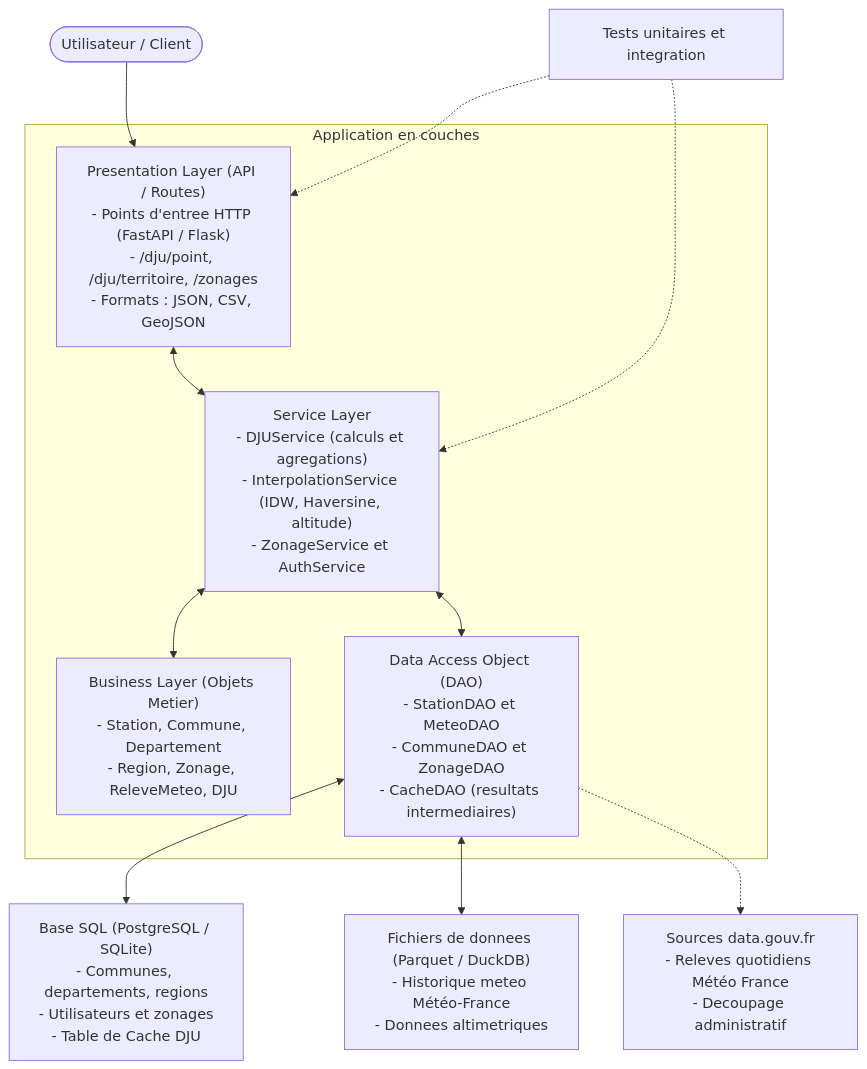
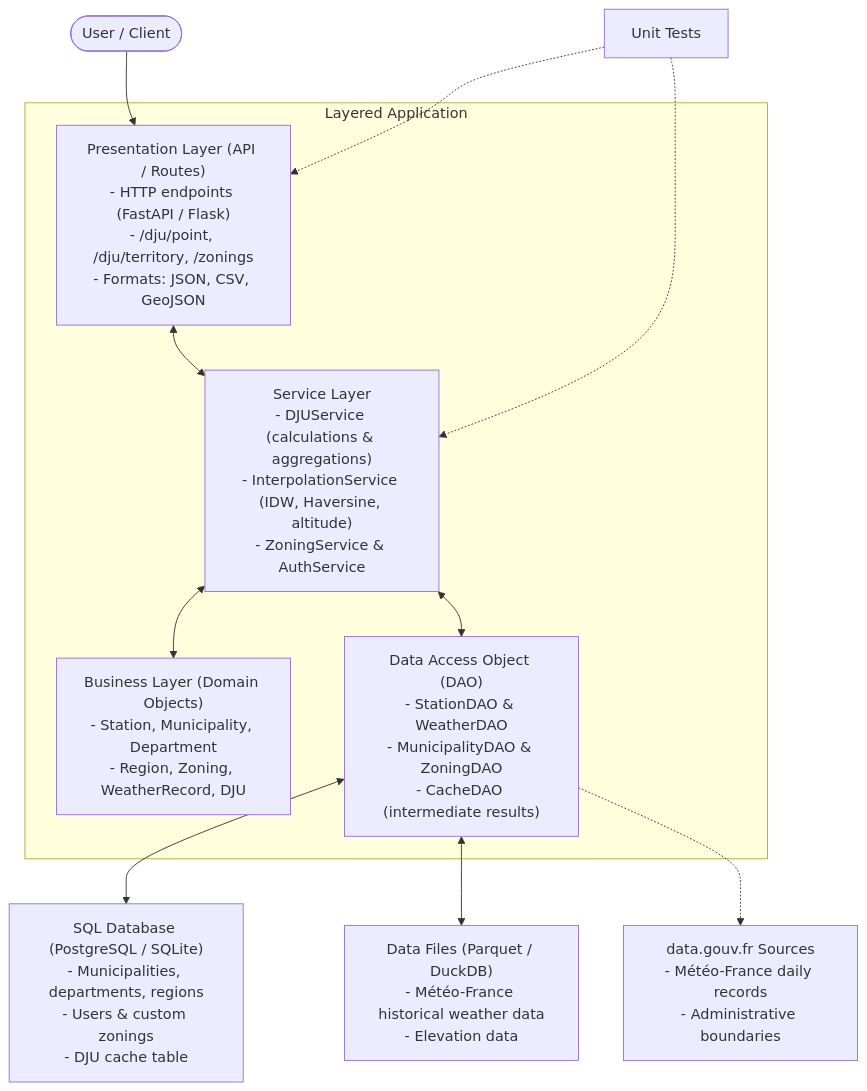
One commit to gabriel-dahan/ensai-it-project-2a-team12 changed the diagram in doc/packages_diagram.md. Above: the diagram before and after it, drawn with Mermaid. The commit also changed other lines of this file, not shown here.

Commit message:
updated diagram

````diff
--- a/doc/packages_diagram.md
+++ b/doc/packages_diagram.md
@@ -1,30 +1,30 @@
 ```mermaid
 graph TD
-    User([Utilisateur / Client]) --> PresentationLayer
+    User([User / Client]) --> PresentationLayer
 
-    subgraph Application ["Application en couches"]
-        PresentationLayer["Presentation Layer (API / Routes)<br/>- Points d'entree HTTP (FastAPI / Flask)<br/>- /dju/point, /dju/territoire, /zonages<br/>- Formats : JSON, CSV, GeoJSON"]
+    subgraph Application ["Layered Application"]
+        PresentationLayer["Presentation Layer (API / Routes)<br/>- HTTP endpoints (FastAPI / Flask)<br/>- /dju/point, /dju/territory, /zonings<br/>- Formats: JSON, CSV, GeoJSON"]
         
-        ServiceLayer["Service Layer<br/>- DJUService (calculs et agregations)<br/>- InterpolationService (IDW, Haversine, altitude)<br/>- ZonageService et AuthService"]
+        ServiceLayer["Service Layer<br/>- DJUService (calculations & aggregations)<br/>- InterpolationService (IDW, Haversine, altitude)<br/>- ZoningService & AuthService"]
         
-        BusinessLayer["Business Layer (Objets Metier)<br/>- Station, Commune, Departement<br/>- Region, Zonage, ReleveMeteo, DJU"]
+        BusinessLayer["Business Layer (Domain Objects)<br/>- Station, Municipality, Department<br/>- Region, Zoning, WeatherRecord, DJU"]
         
-        DAO["Data Access Object (DAO)<br/>- StationDAO et MeteoDAO<br/>- CommuneDAO et ZonageDAO<br/>- CacheDAO (resultats intermediaires)"]
+        DAO["Data Access Object (DAO)<br/>- StationDAO & WeatherDAO<br/>- MunicipalityDAO & ZoningDAO<br/>- CacheDAO (intermediate results)"]
 
         PresentationLayer <--> ServiceLayer
         ServiceLayer <--> BusinessLayer
         ServiceLayer <--> DAO
     end
 
-    SQL["Base SQL (PostgreSQL / SQLite)<br/>- Communes, departements, regions<br/>- Utilisateurs et zonages<br/>- Table de Cache DJU"]
-    DataFiles["Fichiers de donnees (Parquet / DuckDB)<br/>- Historique meteo Météo-France<br/>- Donnees altimetriques"]
-    DataGouv["Sources data.gouv.fr<br/>- Releves quotidiens Météo France<br/>- Decoupage administratif"]
-    Tests["Tests unitaires et integration"]
+    SQL["SQL Database (PostgreSQL / SQLite)<br/>- Municipalities, departments, regions<br/>- Users & custom zonings<br/>- DJU cache table"]
+    DataFiles["Data Files (Parquet / DuckDB)<br/>- Météo-France historical weather data<br/>- Elevation data"]
+    DataGouv["data.gouv.fr Sources<br/>- Météo-France daily records<br/>- Administrative boundaries"]
+    Tests["Unit Tests"]
 
     DAO <--> SQL
     DAO <--> DataFiles
     DAO -.-> DataGouv
     
     Tests -.-> PresentationLayer
     Tests -.-> ServiceLayer
 ```
````
